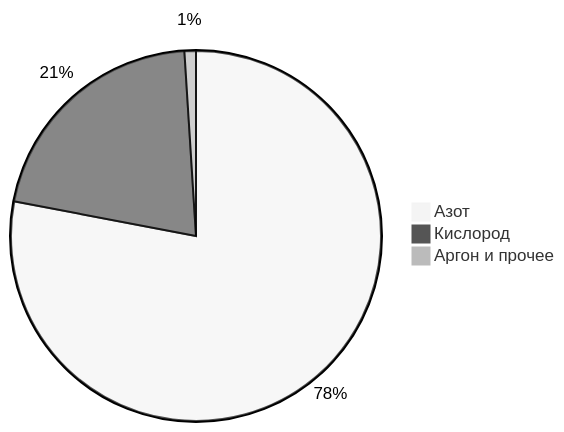
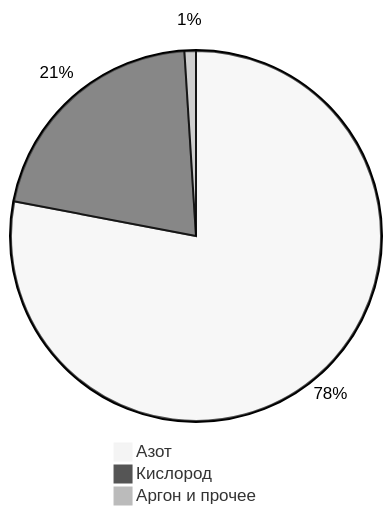
Diagram 13 of 13 in examples/documents/13-mermaid.md (kscht/spiridus-docs), drawn with Mermaid (neutral theme) before and after one commit. The commit also changed other lines of this file and 56 other files, not shown here.

````diff
--- a/examples/documents/13-mermaid.md
+++ b/examples/documents/13-mermaid.md
@@ -157,7 +191,7 @@
 ```mermaid
-%%{init: {"pie": {"textPosition": 1.14}}}%%
+%%{init: {"pie": {"textPosition": 1.14, "legendPosition": "bottom"}}}%%
 pie
   "Азот" : 78
   "Кислород" : 21
   "Аргон и прочее" : 1
 ```
````
